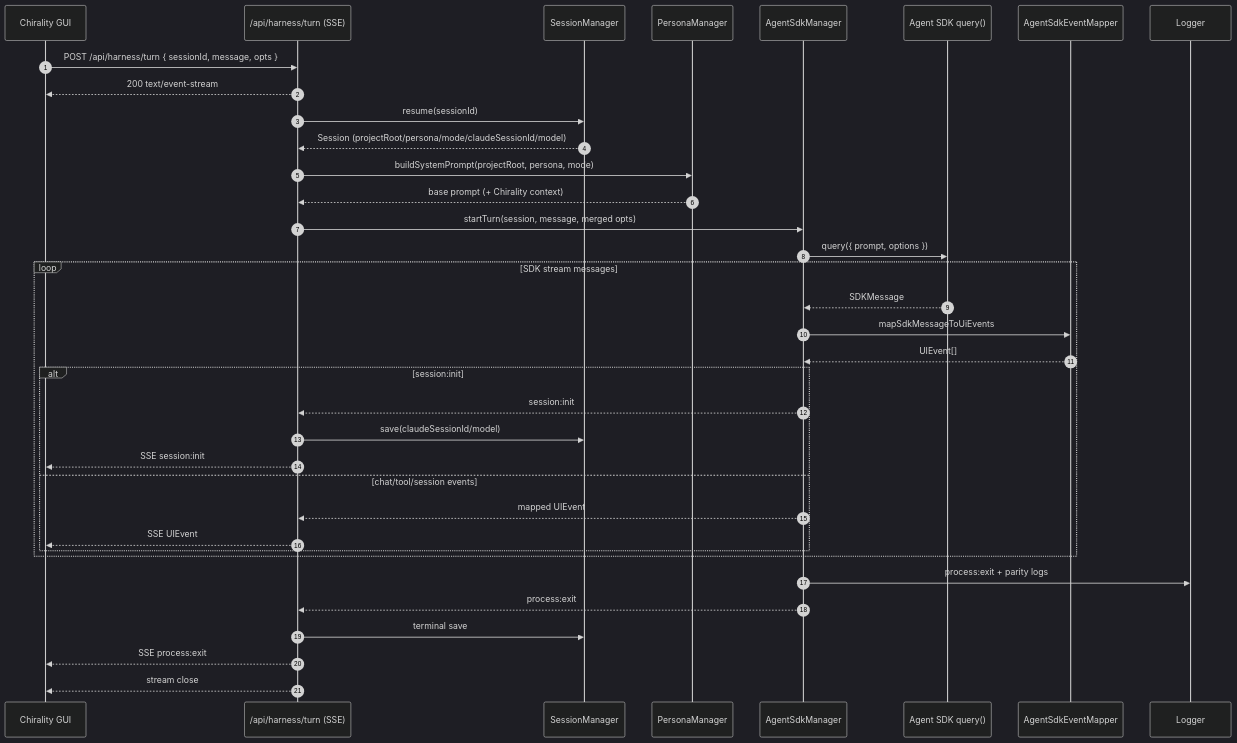
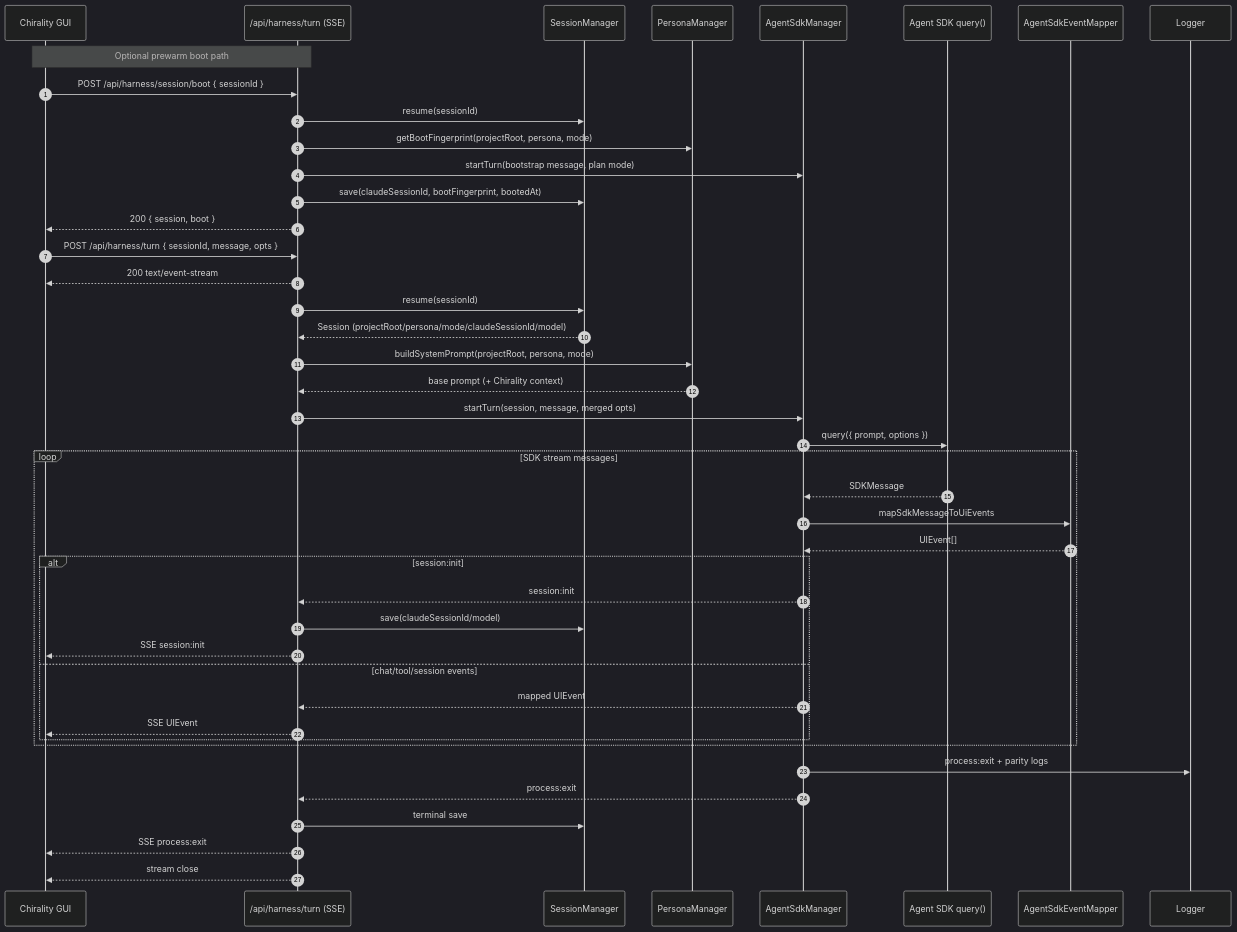
The third of 3 diagrams in frontend/docs/harness/chirality_harness_graphs_and_sequence.md (sgttomas/chirality-app), drawn with Mermaid (dark theme) before and after one commit. The commit also changed other lines of this file and 44 other files, not shown here.

````diff
--- a/frontend/docs/harness/chirality_harness_graphs_and_sequence.md
+++ b/frontend/docs/harness/chirality_harness_graphs_and_sequence.md
@@ -75,45 +77,53 @@
 ```mermaid
 sequenceDiagram
   autonumber
   participant GUI as Chirality GUI
   participant API as /api/harness/turn (SSE)
   participant SS as SessionManager
   participant PM as PersonaManager
   participant ASM as AgentSdkManager
   participant SDK as Agent SDK query()
   participant MAP as AgentSdkEventMapper
   participant LOG as Logger
+
+  Note over GUI,API: Optional prewarm boot path
+  GUI->>API: POST /api/harness/session/boot { sessionId }
+  API->>SS: resume(sessionId)
+  API->>PM: getBootFingerprint(projectRoot, persona, mode)
+  API->>ASM: startTurn(bootstrap message, plan mode)
+  API->>SS: save(claudeSessionId, bootFingerprint, bootedAt)
+  API-->>GUI: 200 { session, boot }
 
   GUI->>API: POST /api/harness/turn { sessionId, message, opts }
   API-->>GUI: 200 text/event-stream
 
   API->>SS: resume(sessionId)
   SS-->>API: Session (projectRoot/persona/mode/claudeSessionId/model)
 
   API->>PM: buildSystemPrompt(projectRoot, persona, mode)
   PM-->>API: base prompt (+ Chirality context)
 
   API->>ASM: startTurn(session, message, merged opts)
   ASM->>SDK: query({ prompt, options })
 
   loop SDK stream messages
     SDK-->>ASM: SDKMessage
     ASM->>MAP: mapSdkMessageToUiEvents
     MAP-->>ASM: UIEvent[]
 
     alt session:init
       ASM-->>API: session:init
       API->>SS: save(claudeSessionId/model)
       API-->>GUI: SSE session:init
     else chat/tool/session events
       ASM-->>API: mapped UIEvent
       API-->>GUI: SSE UIEvent
     end
   end
 
   ASM->>LOG: process:exit + parity logs
   ASM-->>API: process:exit
   API->>SS: terminal save
   API-->>GUI: SSE process:exit
   API-->>GUI: stream close
 ```
````
